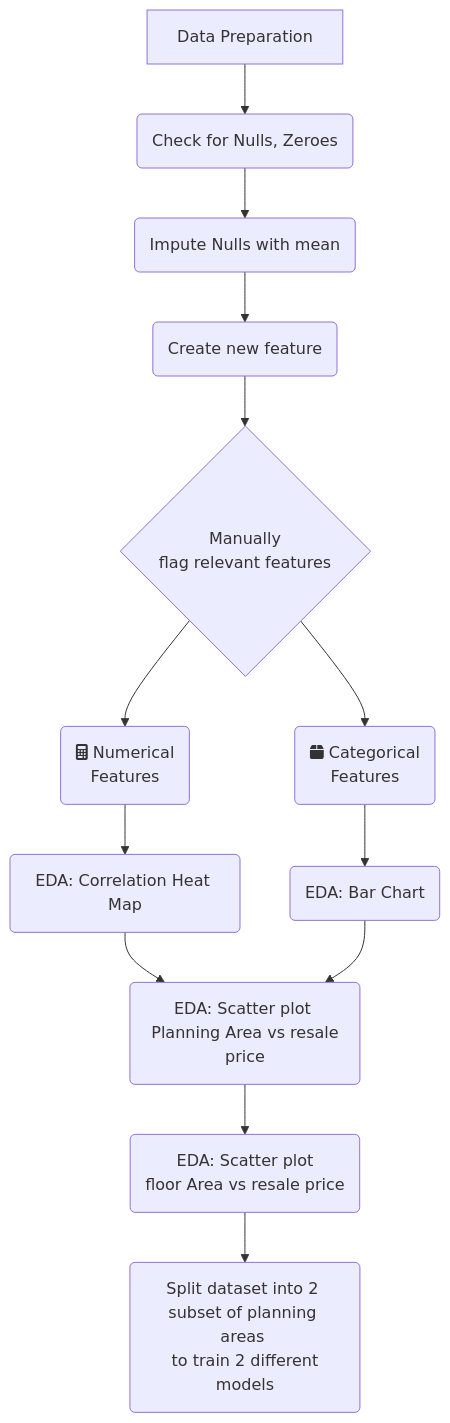
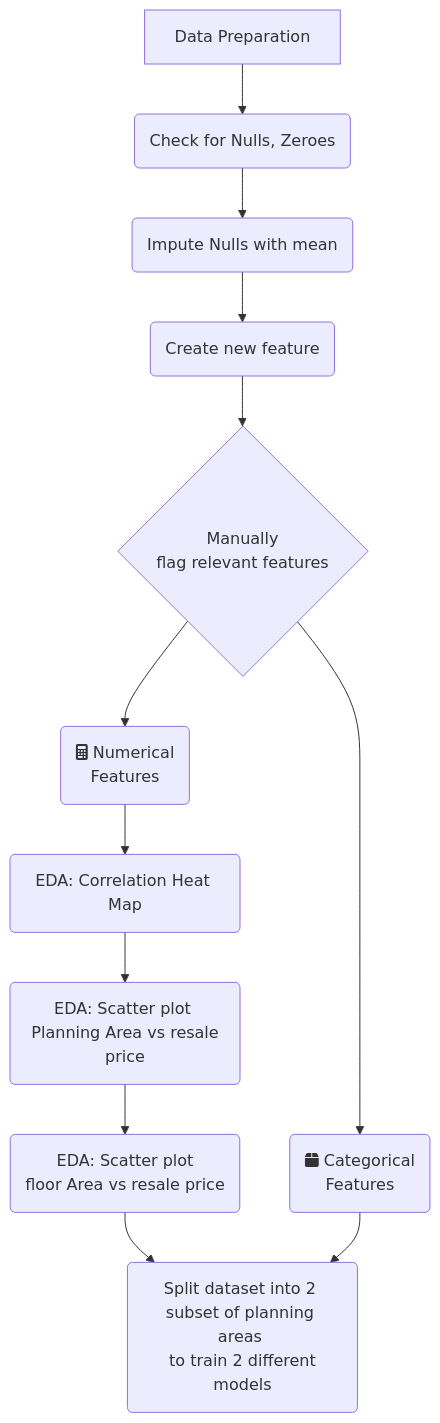
The diagram in README.md (chengtng/project_2), drawn with Mermaid before and after one commit. The commit also changed other lines of this file and 1 other file, not shown here.

````diff
--- a/README.md
+++ b/README.md
@@ -56,17 +56,16 @@
 ```mermaid
 graph TD
     A-->B-->C-->D-->E-->F1-->G1-->H-->I-->J
-    E-->F2-->G2-->H
+    E-->F2-->J
     A[Data Preparation]
     B(Check for Nulls, Zeroes)
     C(Impute Nulls with mean)
     D(Create new feature)
     E{Manually <br> flag relevant features}
     F1(fa:fa-calculator Numerical <br> Features)
     F2(fa:fa-box Categorical <br> Features)
     G1(EDA: Correlation Heat Map)
-    G2(EDA: Bar Chart)
     H(EDA: Scatter plot <br> Planning Area vs resale price)
     I(EDA: Scatter plot <br> floor Area vs resale price)
     J(Split dataset into 2 subset of planning areas <br> to train 2 different models)
 ```
````
